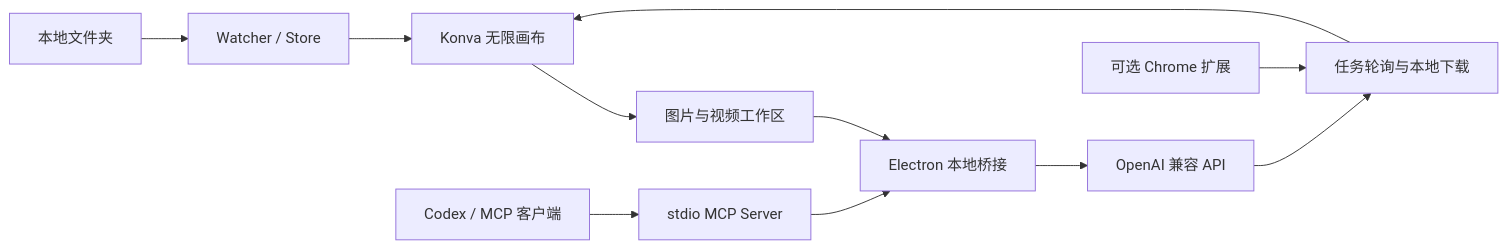
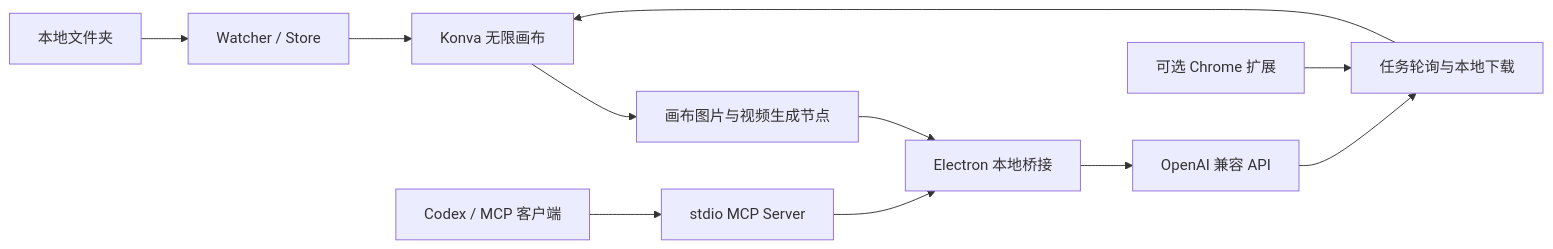
The diagram in README.md (U-uu-U/flow-canvas), drawn with Mermaid before and after one commit. The commit also changed other lines of this file and 3 other files, not shown here.

````diff
--- a/README.md
+++ b/README.md
@@ -253,13 +253,13 @@
 ```mermaid
 flowchart LR
     F["本地文件夹"] --> W["Watcher / Store"]
     W --> C["Konva 无限画布"]
-    C --> U["图片与视频工作区"]
+    C --> U["画布图片与视频生成节点"]
     U --> B["Electron 本地桥接"]
     B --> A["OpenAI 兼容 API"]
     A --> D["任务轮询与本地下载"]
     D --> C
     M["Codex / MCP 客户端"] --> S["stdio MCP Server"]
     S --> B
     X["可选 Chrome 扩展"] --> D
 ```
````
